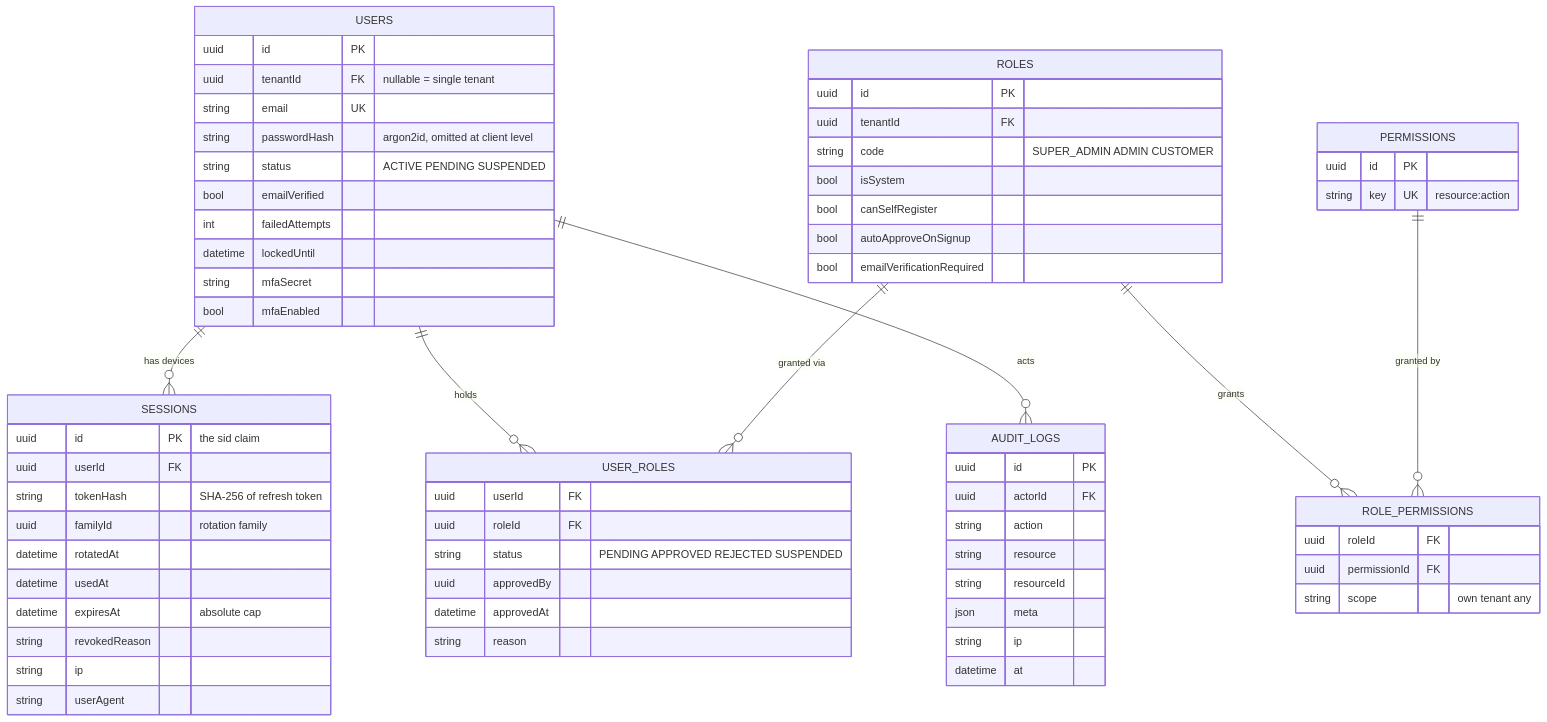
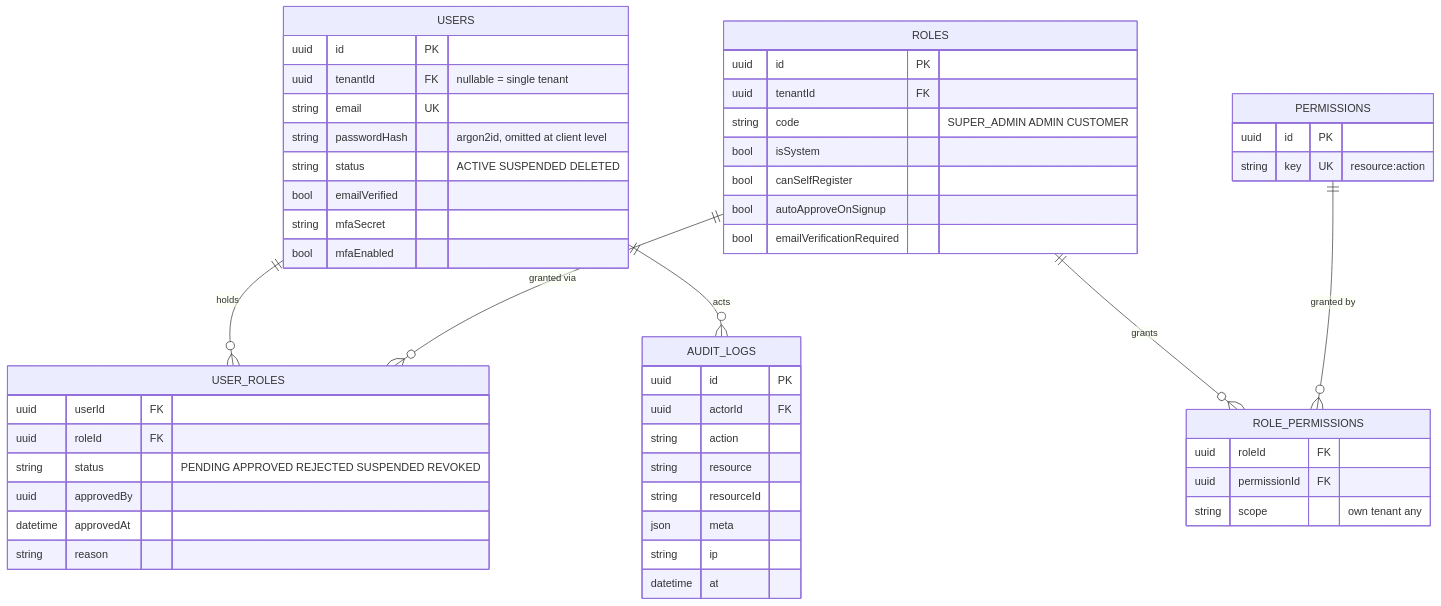
The diagram in docs/modules/auth/data-model.md (sufyan-devs/init-server-nodejs), drawn with Mermaid before and after one commit. The commit also changed other lines of this file and 136 other files, not shown here.

````diff
--- a/docs/modules/auth/data-model.md
+++ b/docs/modules/auth/data-model.md
@@ -8,76 +23,60 @@
 ```mermaid
 erDiagram
-  USERS ||--o{ SESSIONS : "has devices"
   USERS ||--o{ USER_ROLES : "holds"
   ROLES ||--o{ USER_ROLES : "granted via"
   ROLES ||--o{ ROLE_PERMISSIONS : "grants"
   PERMISSIONS ||--o{ ROLE_PERMISSIONS : "granted by"
   USERS ||--o{ AUDIT_LOGS : "acts"
 
   USERS {
     uuid id PK
     uuid tenantId FK "nullable = single tenant"
     string email UK
     string passwordHash "argon2id, omitted at client level"
-    string status "ACTIVE PENDING SUSPENDED"
+    string status "ACTIVE SUSPENDED DELETED"
     bool emailVerified
-    int failedAttempts
-    datetime lockedUntil
     string mfaSecret
     bool mfaEnabled
-  }
-
-  SESSIONS {
-    uuid id PK "the sid claim"
-    uuid userId FK
-    string tokenHash "SHA-256 of refresh token"
-    uuid familyId "rotation family"
-    datetime rotatedAt
-    datetime usedAt
-    datetime expiresAt "absolute cap"
-    string revokedReason
-    string ip
-    string userAgent
   }
 
   ROLES {
     uuid id PK
     uuid tenantId FK
     string code "SUPER_ADMIN ADMIN CUSTOMER"
     bool isSystem
     bool canSelfRegister
     bool autoApproveOnSignup
     bool emailVerificationRequired
   }
 
   PERMISSIONS {
     uuid id PK
     string key UK "resource:action"
   }
 
   ROLE_PERMISSIONS {
     uuid roleId FK
     uuid permissionId FK
     string scope "own tenant any"
   }
 
   USER_ROLES {
     uuid userId FK
     uuid roleId FK
-    string status "PENDING APPROVED REJECTED SUSPENDED"
+    string status "PENDING APPROVED REJECTED SUSPENDED REVOKED"
     uuid approvedBy
     datetime approvedAt
     string reason
   }
 
   AUDIT_LOGS {
     uuid id PK
     uuid actorId FK
     string action
     string resource
     string resourceId
     json meta
     string ip
     datetime at
   }
 ```
````
